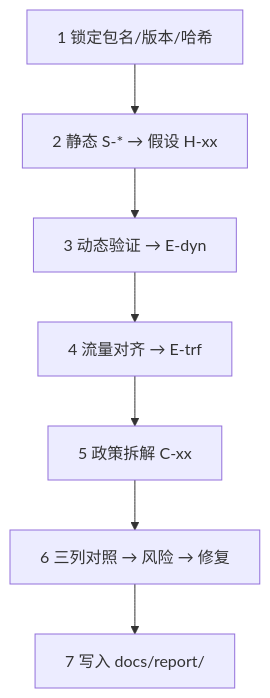
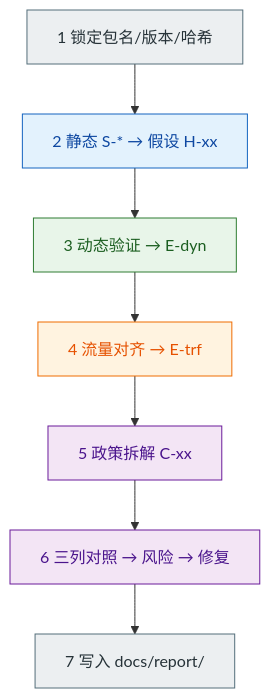
One commit to ConradLu2740/app-privacy-audit changed the third of 3 diagrams in docs/methodology.md. Above: the diagram before and after it, drawn with Mermaid. The commit also changed other lines of this file and 7 other files, not shown here.

First line of the commit message:
Upgrade all diagrams: unified styling, gate markers, data visualization

````diff
--- a/docs/methodology.md
+++ b/docs/methodology.md
@@ -54,9 +72,22 @@
 ```mermaid
 flowchart TD
+  classDef s1 fill:#ECEFF1,stroke:#546E7A,color:#263238;
+  classDef s2 fill:#E3F2FD,stroke:#1565C0,color:#0D47A1;
+  classDef s3 fill:#E8F5E9,stroke:#2E7D32,color:#1B5E20;
+  classDef s4 fill:#FFF3E0,stroke:#EF6C00,color:#E65100;
+  classDef s5 fill:#F3E5F5,stroke:#6A1B9A,color:#4A148C;
+
   P1["1 锁定包名/版本/哈希"] --> P2["2 静态 S-* → 假设 H-xx"]
   P2 --> P3["3 动态验证 → E-dyn"]
   P3 --> P4["4 流量对齐 → E-trf"]
   P4 --> P5["5 政策拆解 C-xx"]
   P5 --> P6["6 三列对照 → 风险 → 修复"]
   P6 --> P7["7 写入 docs/report/"]
+
+  class P1 s1;
+  class P2 s2;
+  class P3 s3;
+  class P4 s4;
+  class P5,P6 s5;
+  class P7 s1;
 ```
````
